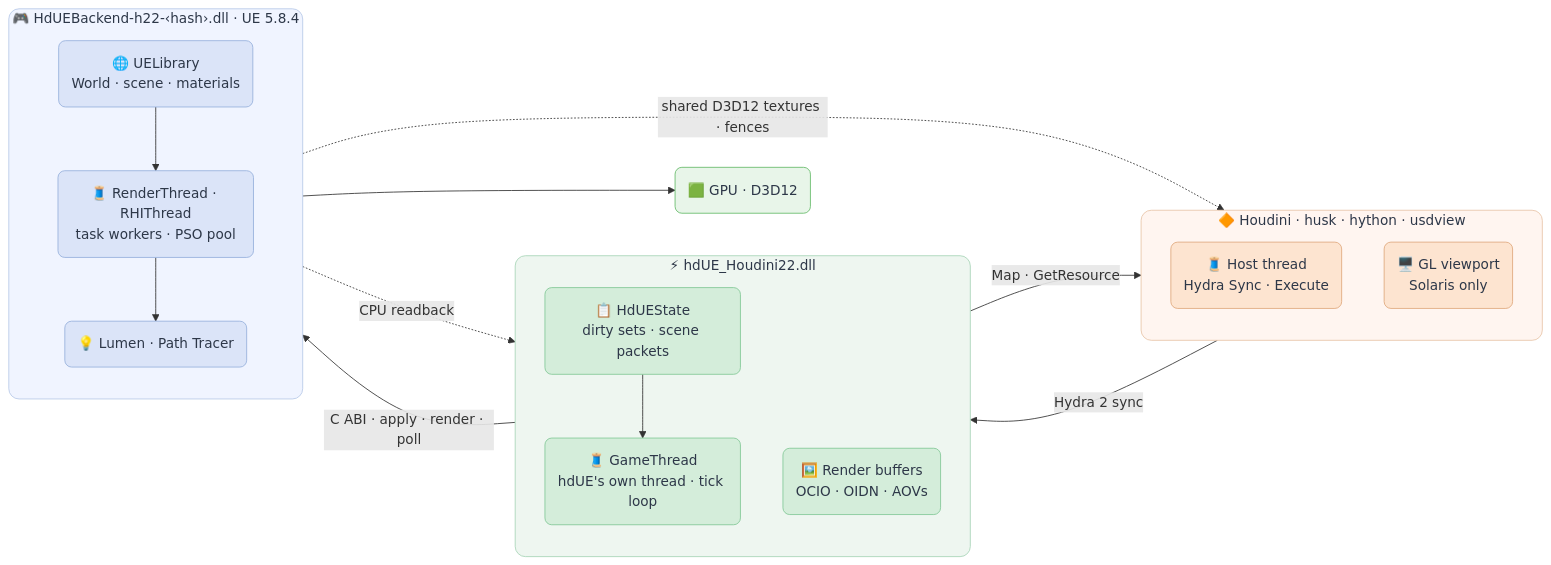
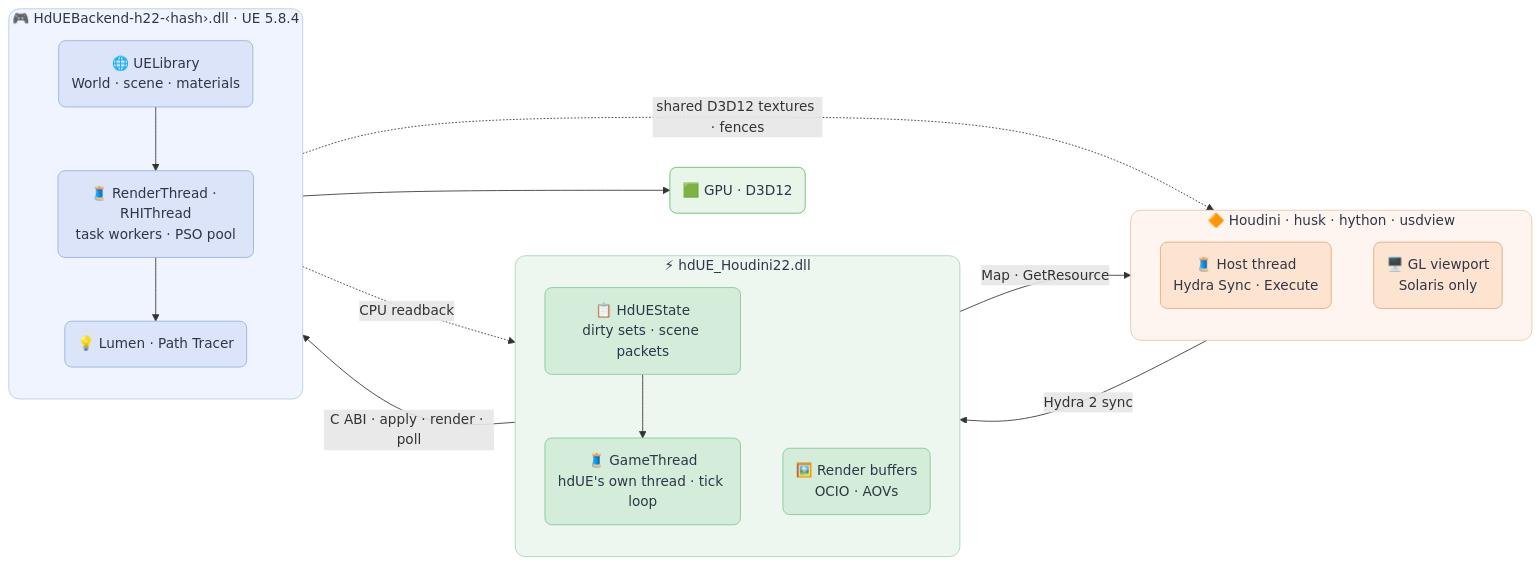
Before and after one commit to healkeiser/HdUnrealEngine: the diagram in docs/architecture.md, drawn with Mermaid. The commit also changed other lines of this file and 14 other files, not shown here.

````diff
--- a/docs/architecture.md
+++ b/docs/architecture.md
@@ -5,49 +5,49 @@
 ```mermaid
 flowchart LR
     subgraph Host[" 🔶 Houdini · husk · hython · usdview "]
         direction TB
         H1("🧵 Host thread<br/>Hydra Sync · Execute")
         H2("🖥️ GL viewport<br/>Solaris only")
     end
 
     subgraph Delegate[" ⚡ hdUE_Houdini22.dll "]
         direction TB
         D1("📋 HdUEState<br/>dirty sets · scene packets")
         D2("🧵 GameThread<br/>hdUE's own thread · tick loop")
-        D3("🖼️ Render buffers<br/>OCIO · OIDN · AOVs")
+        D3("🖼️ Render buffers<br/>OCIO · AOVs")
         D1 --> D2
     end
 
     subgraph Unreal[" 🎮 HdUEBackend-h22-‹hash›.dll · UE 5.8.4 "]
         direction TB
         U1("🌐 UELibrary<br/>World · scene · materials")
         U2("🧵 RenderThread · RHIThread<br/>task workers · PSO pool")
         U3("💡 Lumen · Path Tracer")
         U1 --> U2 --> U3
     end
 
     GPU("🟩 GPU · D3D12")
 
     H1 -- "Hydra 2 sync" --> D1
     D2 -- "C ABI · apply · render · poll" --> U1
     U3 --> GPU
     U2 -. "CPU readback" .-> D3
     D3 -- "Map · GetResource" --> H1
     U2 -. "shared D3D12 textures · fences" .-> H2
 
     classDef hostBox fill:#fff5f0,stroke:#e8c4a8,stroke-width:1px,color:#2d3748,rx:12,ry:12
     classDef delegateBox fill:#eef6f0,stroke:#a8d5b8,stroke-width:1px,color:#2d3748,rx:12,ry:12
     classDef unrealBox fill:#f0f4ff,stroke:#b8c9e8,stroke-width:1px,color:#2d3748,rx:12,ry:12
     classDef hostNode fill:#fde4d0,stroke:#e0a87c,stroke-width:1px,color:#2d3748,rx:8,ry:8
     classDef delegateNode fill:#d4edda,stroke:#82c896,stroke-width:1px,color:#2d3748,rx:8,ry:8
     classDef unrealNode fill:#dbe4f8,stroke:#96b0dc,stroke-width:1px,color:#2d3748,rx:8,ry:8
     classDef gpuNode fill:#e8f5e9,stroke:#66bb6a,stroke-width:1px,color:#2d3748,rx:8,ry:8
 
     class Host hostBox
     class Delegate delegateBox
     class Unreal unrealBox
     class H1,H2 hostNode
     class D1,D2,D3 delegateNode
     class U1,U2,U3 unrealNode
     class GPU gpuNode
 ```
````
